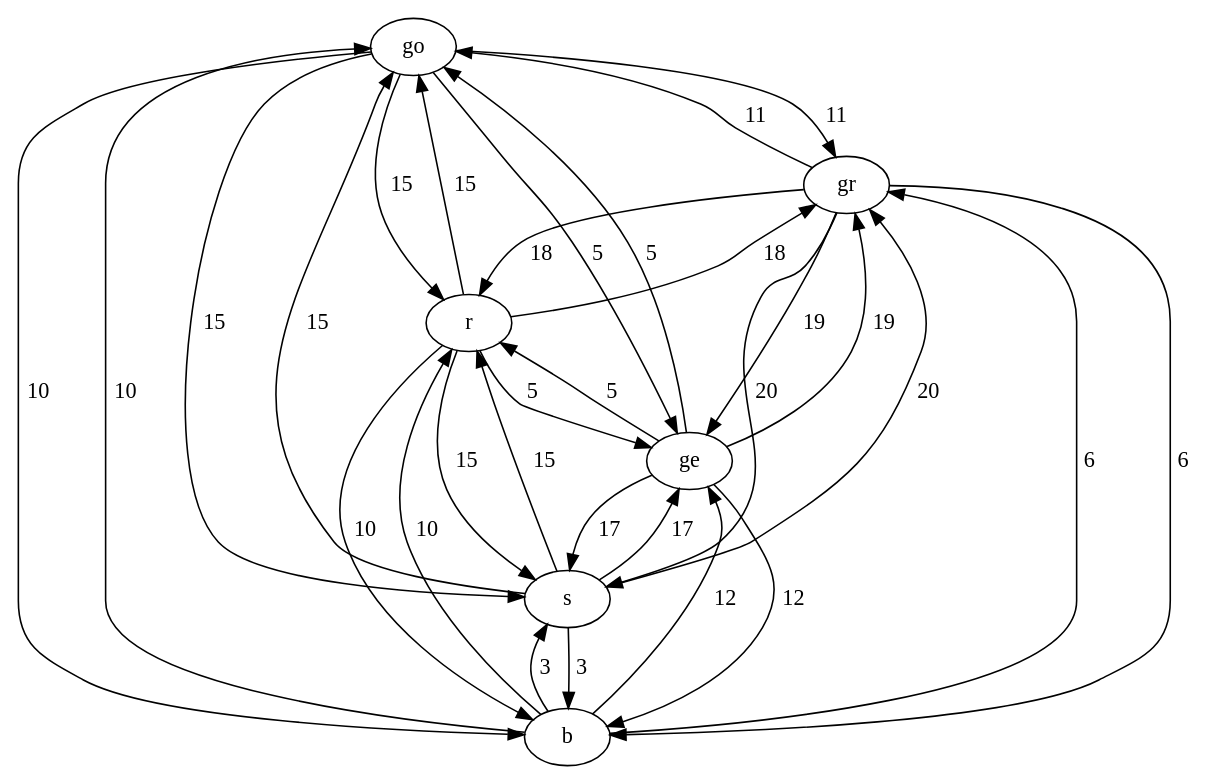
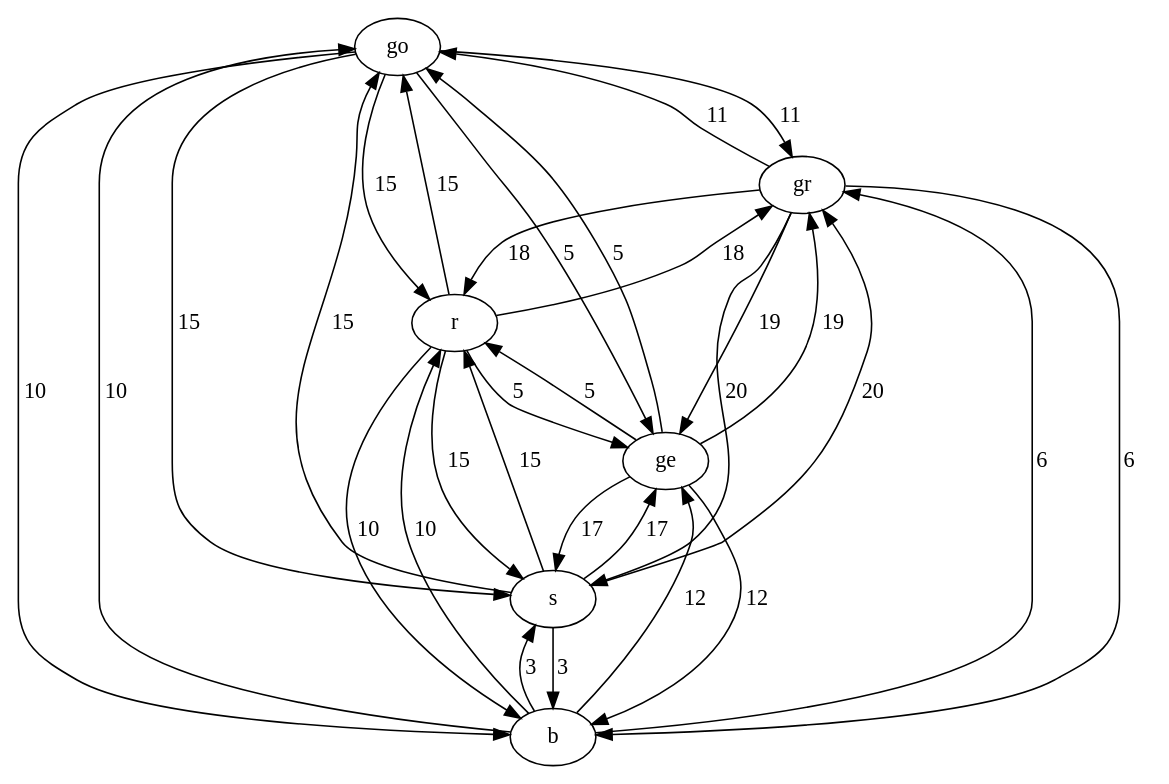
Before and after one commit to MaxPower9001/B-AI3GKAP: the diagram in io/graph_12.dot, drawn with Graphviz. The commit also changed 21 other files, not shown here.

```diff
--- a/io/graph_12.dot
+++ b/io/graph_12.dot
@@ -1,39 +1,39 @@
 digraph graph_12
 {
 go
 gr
 b
 s
 ge
 r
-go -> gr [label=" 11  "]
-go -> b [label=" 10  "]
-go -> s [label=" 15  "]
-go -> ge [label=" 5  "]
-go -> r [label=" 15  "]
-gr -> go [label=" 11  "]
-gr -> b [label=" 6  "]
-gr -> s [label=" 20  "]
-gr -> ge [label=" 19  "]
-gr -> r [label=" 18  "]
-b -> go [label=" 10  "]
-b -> gr [label=" 6  "]
-b -> s [label=" 3  "]
-b -> ge [label=" 12  "]
-b -> r [label=" 10  "]
-s -> go [label=" 15  "]
-s -> gr [label=" 20  "]
-s -> b [label=" 3  "]
-s -> ge [label=" 17  "]
-s -> r [label=" 15  "]
-ge -> go [label=" 5  "]
-ge -> gr [label=" 19  "]
-ge -> b [label=" 12  "]
-ge -> s [label=" 17  "]
-ge -> r [label=" 5  "]
-r -> go [label=" 15  "]
-r -> gr [label=" 18  "]
-r -> b [label=" 10  "]
-r -> s [label=" 15  "]
-r -> ge [label=" 5  "]
+go -> gr [label="11  "]
+go -> b [label="10  "]
+go -> s [label="15  "]
+go -> ge [label="5  "]
+go -> r [label="15  "]
+gr -> go [label="11  "]
+gr -> b [label="6  "]
+gr -> s [label="20  "]
+gr -> ge [label="19  "]
+gr -> r [label="18  "]
+b -> go [label="10  "]
+b -> gr [label="6  "]
+b -> s [label="3  "]
+b -> ge [label="12  "]
+b -> r [label="10  "]
+s -> go [label="15  "]
+s -> gr [label="20  "]
+s -> b [label="3  "]
+s -> ge [label="17  "]
+s -> r [label="15  "]
+ge -> go [label="5  "]
+ge -> gr [label="19  "]
+ge -> b [label="12  "]
+ge -> s [label="17  "]
+ge -> r [label="5  "]
+r -> go [label="15  "]
+r -> gr [label="18  "]
+r -> b [label="10  "]
+r -> s [label="15  "]
+r -> ge [label="5  "]
 }
```
